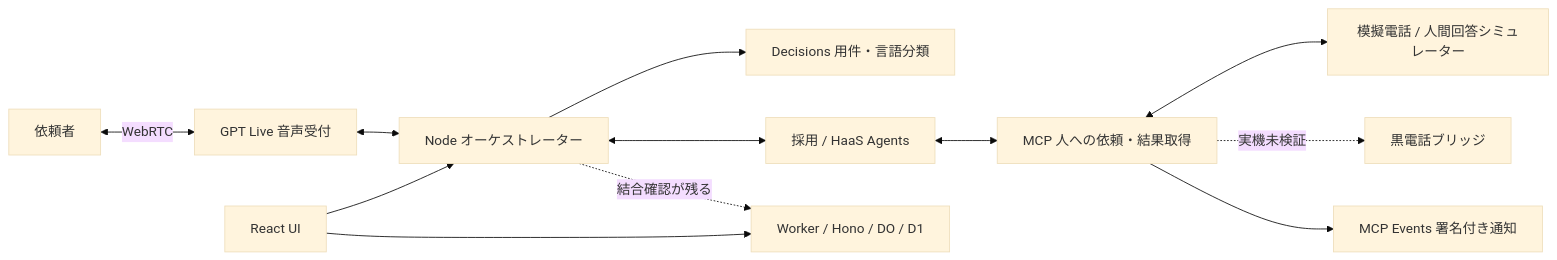
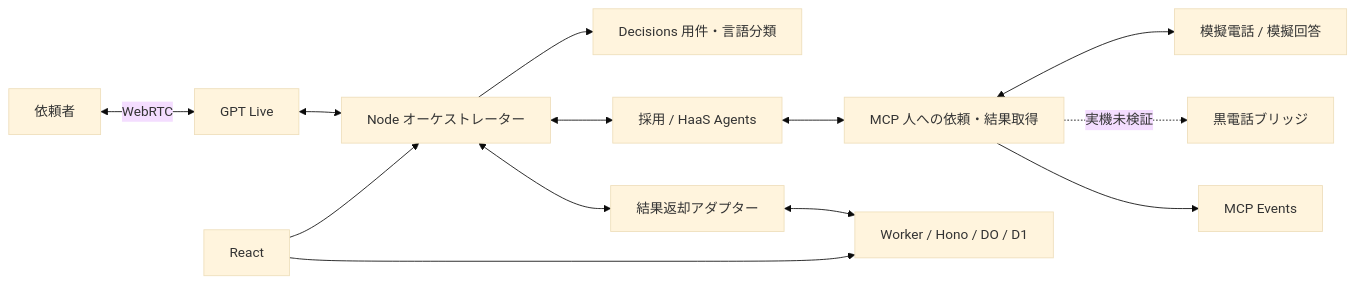
Before and after one commit to GOROman/devday-community-hackathon-2026-haas: the diagram in README.md, drawn with Mermaid (base theme). The commit also changed other lines of this file and 201 other files, not shown here.

````diff
--- a/README.md
+++ b/README.md
@@ -61,14 +77,15 @@
 ```mermaid
 flowchart LR
-  U[依頼者] <-->|WebRTC| L[GPT Live 音声受付]
+  U[依頼者] <-->|WebRTC| L[GPT Live]
   L <--> N[Node オーケストレーター]
   N --> D[Decisions 用件・言語分類]
   N <--> A[採用 / HaaS Agents]
   A <--> M[MCP 人への依頼・結果取得]
-  M <--> S[模擬電話 / 人間回答シミュレーター]
+  M <--> S[模擬電話 / 模擬回答]
   M -. 実機未検証 .-> H[黒電話ブリッジ]
-  M --> E[MCP Events 署名付き通知]
-  N -. 結合確認が残る .-> W[Worker / Hono / DO / D1]
-  F[React UI] --> N
+  M --> E[MCP Events]
+  N <--> B[結果返却アダプター]
+  B <--> W[Worker / Hono / DO / D1]
+  F[React] --> N
   F --> W
 ```
````
